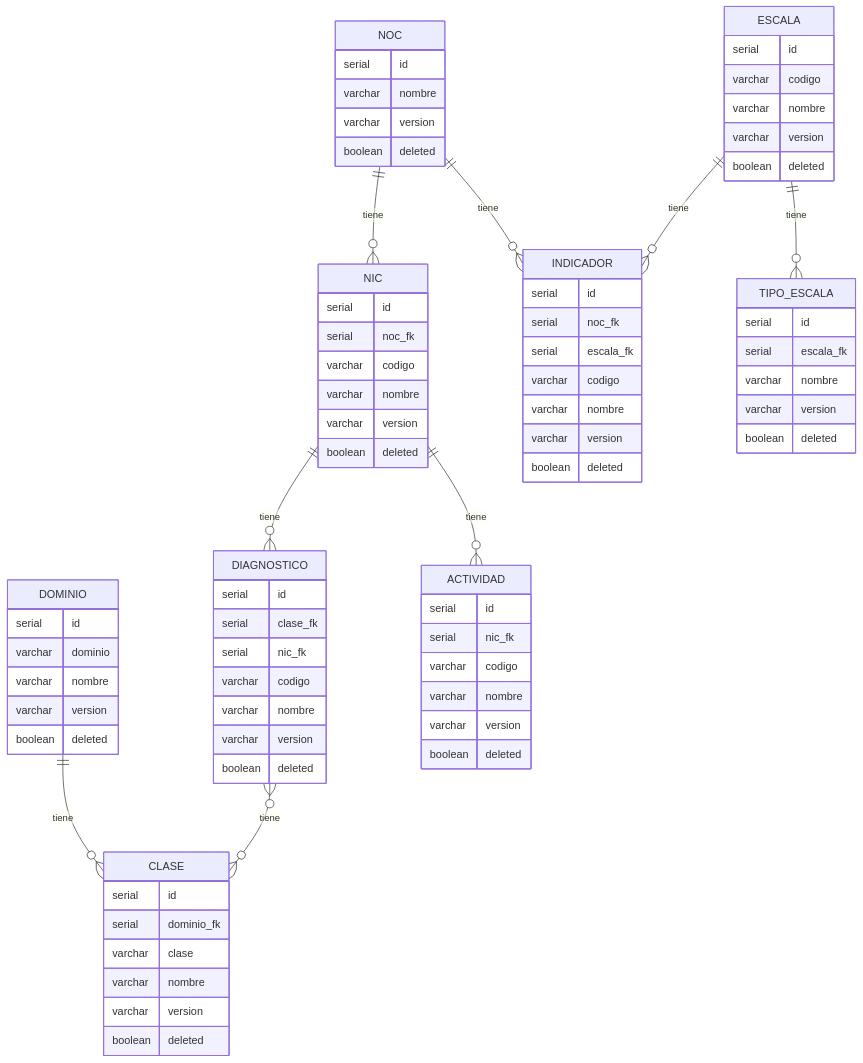
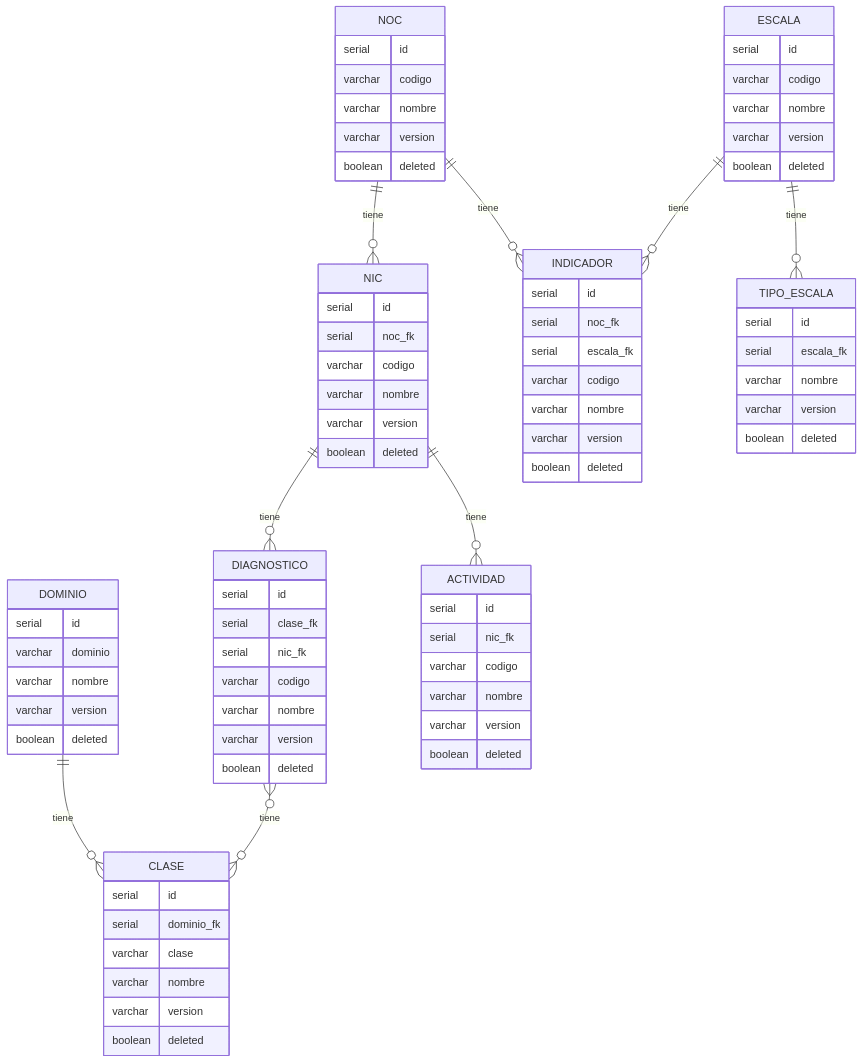
One commit to gaspect/binacle changed the diagram in assets/doc/mer.md. Above: the diagram before and after it, drawn with Mermaid. The commit also changed other lines of this file and 5 other files, not shown here.

```diff
--- a/assets/doc/mer.md
+++ b/assets/doc/mer.md
@@ -52,6 +52,7 @@
      }
      NOC{
          serial id
+         varchar codigo
          varchar nombre
          varchar version
          boolean deleted
```
